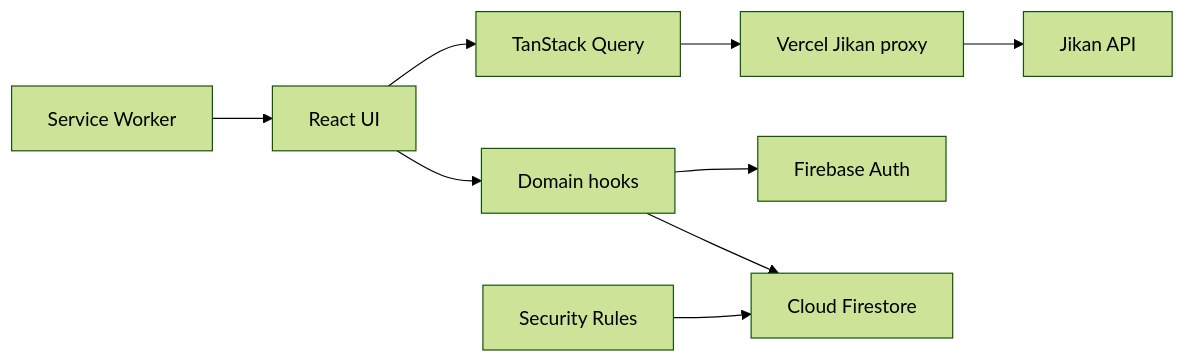
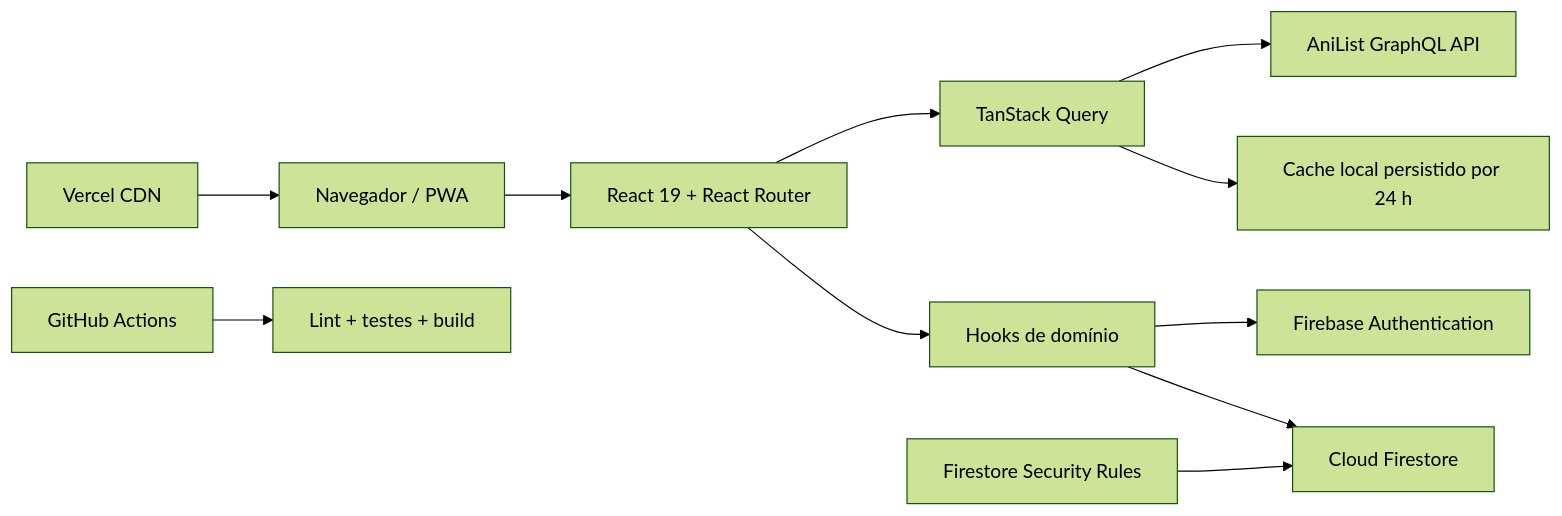
The diagram in README.md (Tarcizioo/Portal-Animes_v2), drawn with Mermaid (forest theme) before and after one commit. The commit also changed other lines of this file, not shown here.

````diff
--- a/README.md
+++ b/README.md
@@ -74,11 +106,13 @@
 ```mermaid
 flowchart LR
-    UI[React UI] --> Query[TanStack Query]
-    UI --> Hooks[Domain hooks]
-    Query --> Proxy[Vercel Jikan proxy]
-    Proxy --> Jikan[Jikan API]
-    Hooks --> Auth[Firebase Auth]
-    Hooks --> Firestore[Cloud Firestore]
-    Rules[Security Rules] --> Firestore
-    PWA[Service Worker] --> UI
+    Browser["Navegador / PWA"] --> UI["React 19 + React Router"]
+    UI --> Query["TanStack Query"]
+    Query --> AniList["AniList GraphQL API"]
+    Query --> Cache["Cache local persistido por 24 h"]
+    UI --> Hooks["Hooks de domínio"]
+    Hooks --> Auth["Firebase Authentication"]
+    Hooks --> Firestore["Cloud Firestore"]
+    Rules["Firestore Security Rules"] --> Firestore
+    Vercel["Vercel CDN"] --> Browser
+    Actions["GitHub Actions"] --> Quality["Lint + testes + build"]
 ```
````
